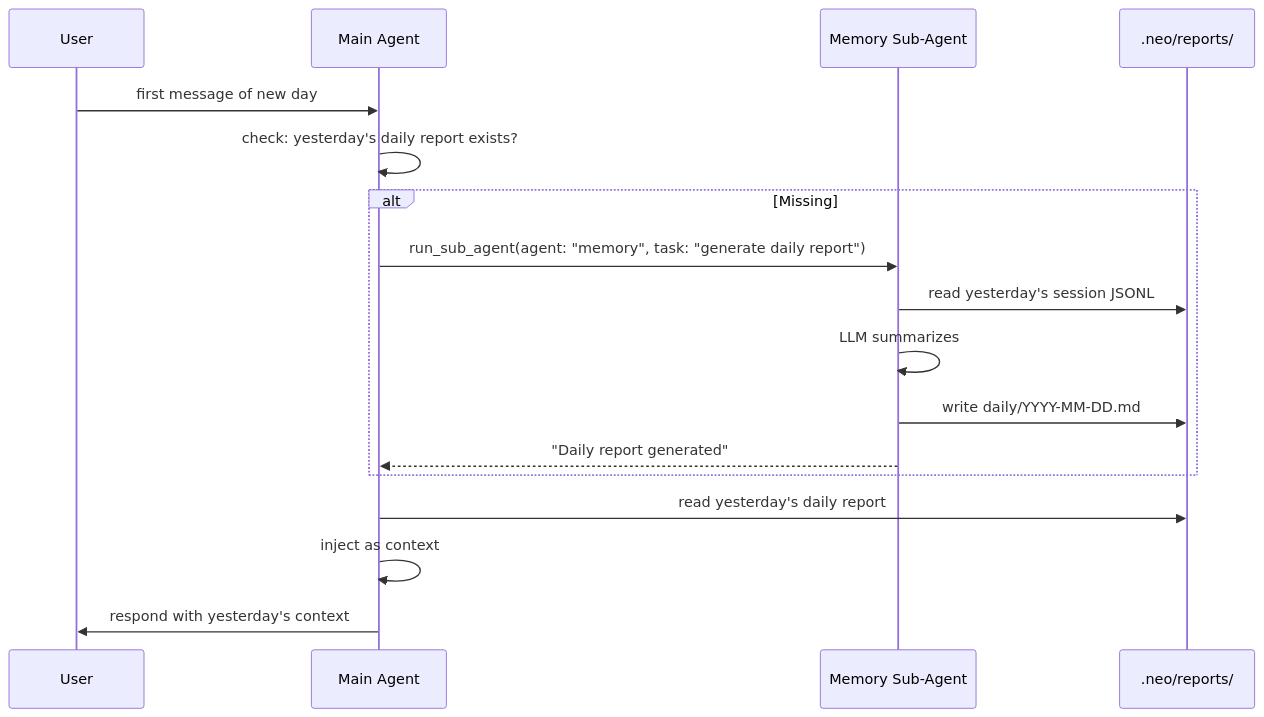
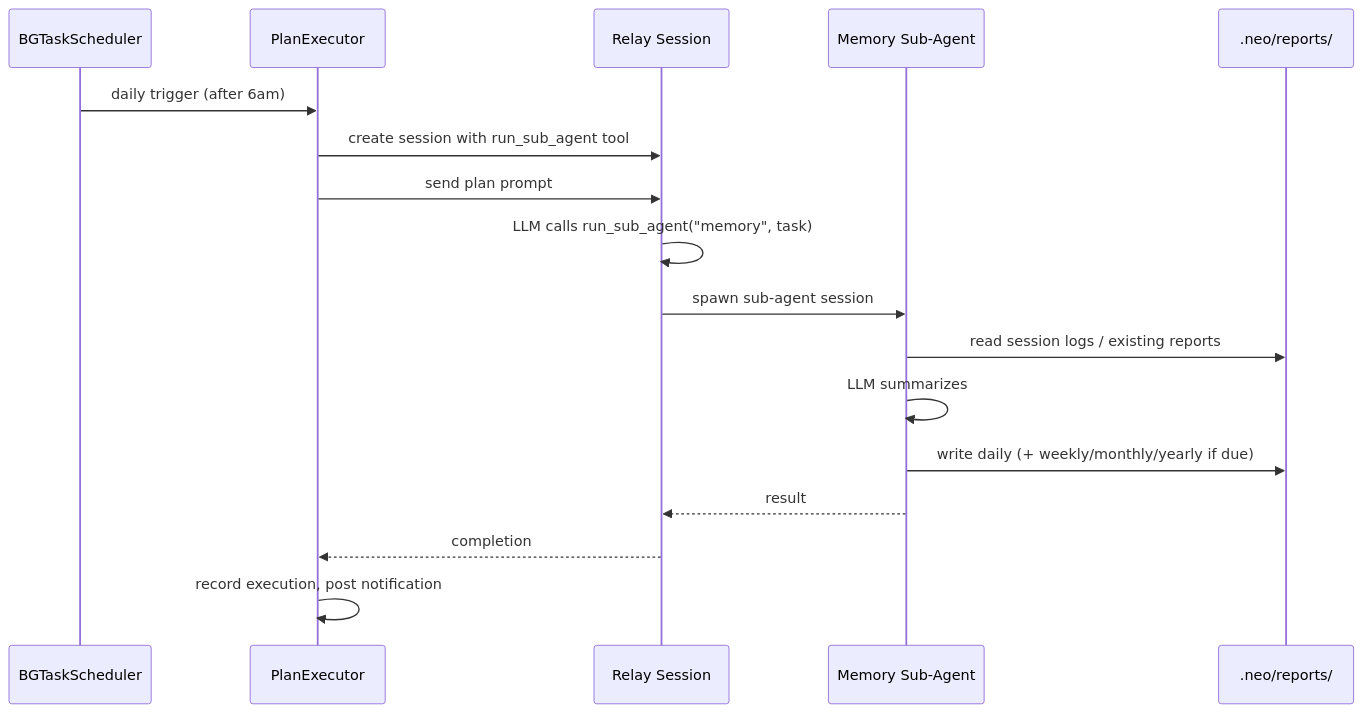
One commit to lalalic/neox changed the second of 2 diagrams in docs/design-memory-reports.md. Above: the diagram before and after it, drawn with Mermaid. The commit also changed other lines of this file, not shown here.

Commit message:
docs: update memory-reports design — single Plan, yearly reports, all tools implemented

````diff
--- a/docs/design-memory-reports.md
+++ b/docs/design-memory-reports.md
@@ -75,20 +77,20 @@
 ```mermaid
 sequenceDiagram
-    participant User
-    participant Main as Main Agent
+    participant BG as BGTaskScheduler
+    participant PE as PlanExecutor
+    participant Relay as Relay Session
     participant Sub as Memory Sub-Agent
     participant Files as .neo/reports/
 
-    User->>Main: first message of new day
-    Main->>Main: check: yesterday's daily report exists?
-    alt Missing
-        Main->>Sub: run_sub_agent(agent: "memory", task: "generate daily report")
-        Sub->>Files: read yesterday's session JSONL
-        Sub->>Sub: LLM summarizes
-        Sub->>Files: write daily/YYYY-MM-DD.md
-        Sub-->>Main: "Daily report generated"
-    end
-    Main->>Files: read yesterday's daily report
-    Main->>Main: inject as context
-    Main->>User: respond with yesterday's context
+    BG->>PE: daily trigger (after 6am)
+    PE->>Relay: create session with run_sub_agent tool
+    PE->>Relay: send plan prompt
+    Relay->>Relay: LLM calls run_sub_agent("memory", task)
+    Relay->>Sub: spawn sub-agent session
+    Sub->>Files: read session logs / existing reports
+    Sub->>Sub: LLM summarizes
+    Sub->>Files: write daily (+ weekly/monthly/yearly if due)
+    Sub-->>Relay: result
+    Relay-->>PE: completion
+    PE->>PE: record execution, post notification
 ```
````
